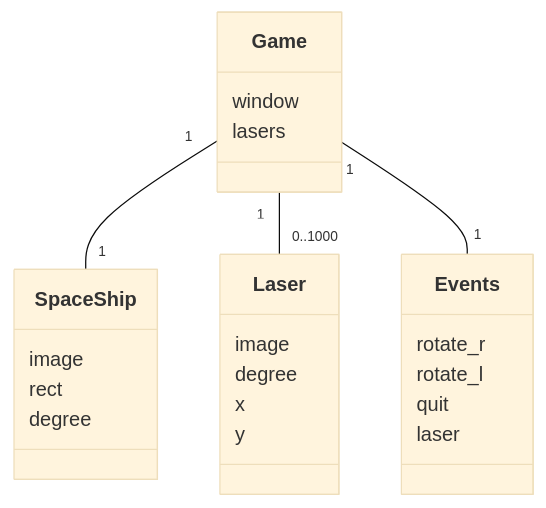
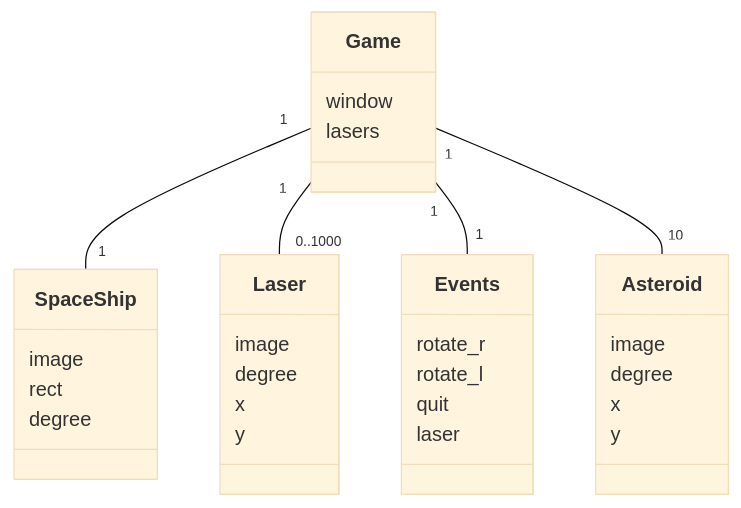
One commit to olgahuusari/ot-harjoitustyo changed the diagram in dokumentaatio/arkkitehtuuri.md. Above: the diagram before and after it, drawn with Mermaid (base theme).

````diff
--- a/dokumentaatio/arkkitehtuuri.md
+++ b/dokumentaatio/arkkitehtuuri.md
@@ -1,28 +1,35 @@
 ```mermaid
     classDiagram
     class Game{
         window
         lasers
     }
     class SpaceShip{
         image
         rect
         degree
     }
     class Laser{
         image
         degree
         x
         y
     }
     class Events{
         rotate_r
         rotate_l
         quit
         laser
     }
+    class Asteroid{
+        image
+        degree
+        x
+        y
+    }
     Game "1" -- "1" SpaceShip
     Game "1" -- "0..1000" Laser
     Game "1" --"1" Events
+    Game "1" --"10" Asteroid
 
 ```
````
